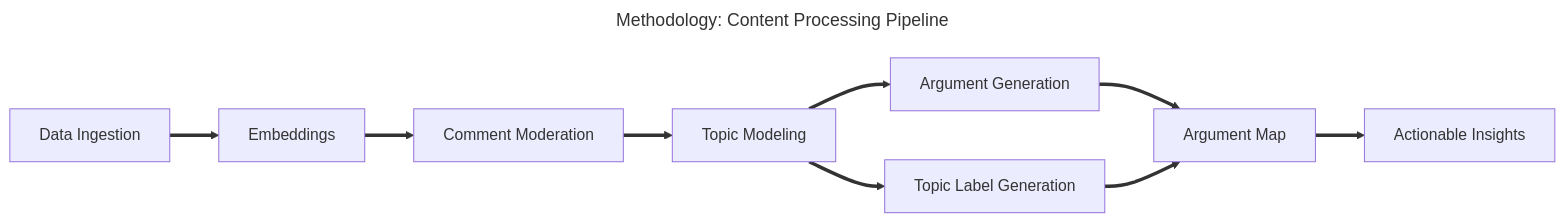
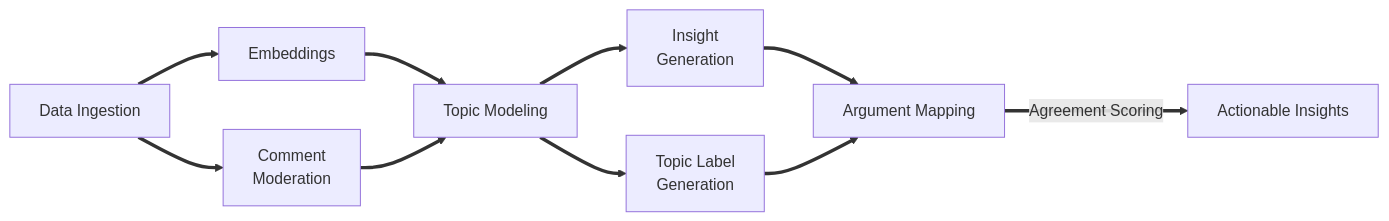
Before and after one commit to aadityabhatia/polis-argmap: the diagram in docs/pipeline.mmd, drawn with Mermaid. The commit also changed 30 other files, not shown here.

```diff
--- a/docs/pipeline.mmd
+++ b/docs/pipeline.mmd
@@ -1,20 +1,17 @@
----
-title: "Methodology: Content Processing Pipeline"
----
-
 flowchart LR
     DataIngestion ==> Embeddings
-    Embeddings ==> CommentModeration
+    DataIngestion ==> CommentModeration
+    Embeddings ==> TopicModeling
     TopicModeling ==> Labeling
     TopicModeling ==> Structure
     CommentModeration ==> TopicModeling
     Structure & Labeling ==> Tree
-    Tree ==> Insights
+    Tree == Agreement Scoring ==> Insights
 
     DataIngestion[Data Ingestion]
-    CommentModeration[Comment Moderation]
-    Labeling[Topic Label Generation]
+    CommentModeration[Comment \n Moderation]
+    Labeling[Topic Label \n Generation]
     TopicModeling[Topic Modeling]
-    Structure[Argument Generation]
-    Tree[Argument Map]
+    Structure[Insight \n Generation]
+    Tree[Argument Mapping]
     Insights[Actionable Insights]
```
